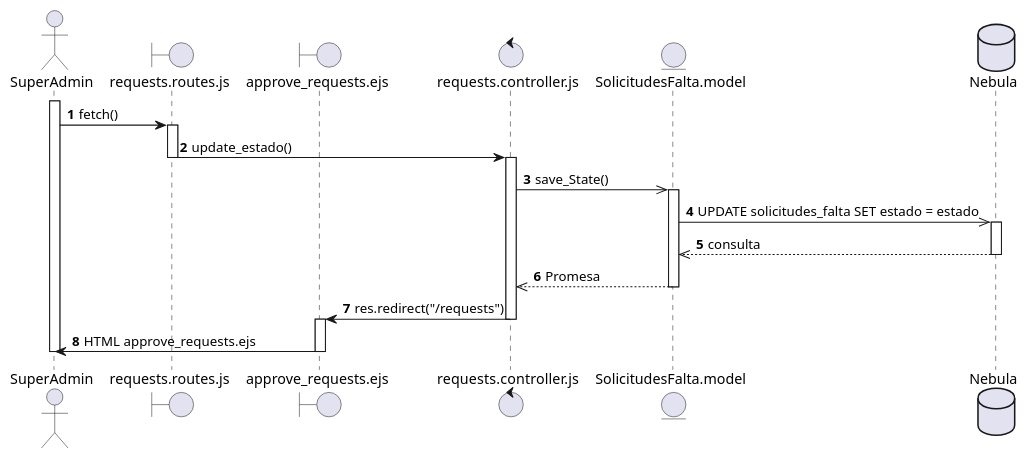
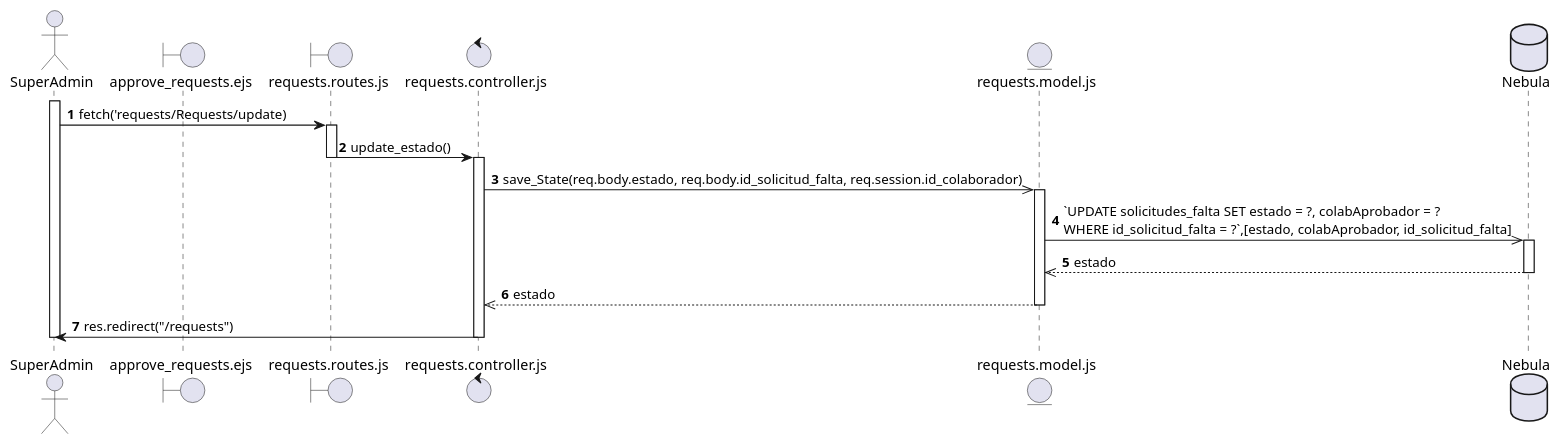
The diagram in diagramas_secuencia/req27.puml (SALV19/Nebula_tc2005b), drawn with PlantUML before and after one commit. The commit also changed 3 other files, not shown here.

Commit message:
[ADD] diagram updated

```diff
--- a/diagramas_secuencia/req27.puml
+++ b/diagramas_secuencia/req27.puml
@@ -1,39 +1,35 @@
 @startuml REQ_27 SuperAdmin registra aprobación de falta
 autonumber
 actor SuperAdmin as S
+boundary approve_requests.ejs as Requests
 boundary requests.routes.js as SRoute
 ' boundary general.routes.js as gr
-boundary approve_requests.ejs as Requests
 control requests.controller.js as SController
-entity SolicitudesFalta.model as SModel
+entity requests.model.js as SModel
 database Nebula as db
 
 ' ---- APROBAR SOLICITUD ----
 activate S
-S -> SRoute : fetch()
+S -> SRoute : fetch('requests/Requests/update)
 
 activate SRoute
 SRoute -> SController : update_estado()
 deactivate SRoute
 
 activate SController 
-SController ->> SModel : save_State()
+SController ->> SModel : save_State(req.body.estado, req.body.id_solicitud_falta, req.session.id_colaborador)
 
 activate SModel
-SModel ->> db : UPDATE solicitudes_falta SET estado = estado
+SModel ->> db : `UPDATE solicitudes_falta SET estado = ?, colabAprobador = ? \nWHERE id_solicitud_falta = ?`,[estado, colabAprobador, id_solicitud_falta]
 activate db
-db -->> SModel : consulta
+db -->> SModel : estado
 deactivate db
 
-SModel -->> SController : Promesa
+SModel -->> SController : estado
 deactivate SModel
 
-SController -> Requests : res.redirect("/requests")
+SController -> S : res.redirect("/requests")
 deactivate SController
-
-activate Requests
-Requests -> S : HTML approve_requests.ejs
-deactivate Requests
 
 deactivate S
 @enduml
```
